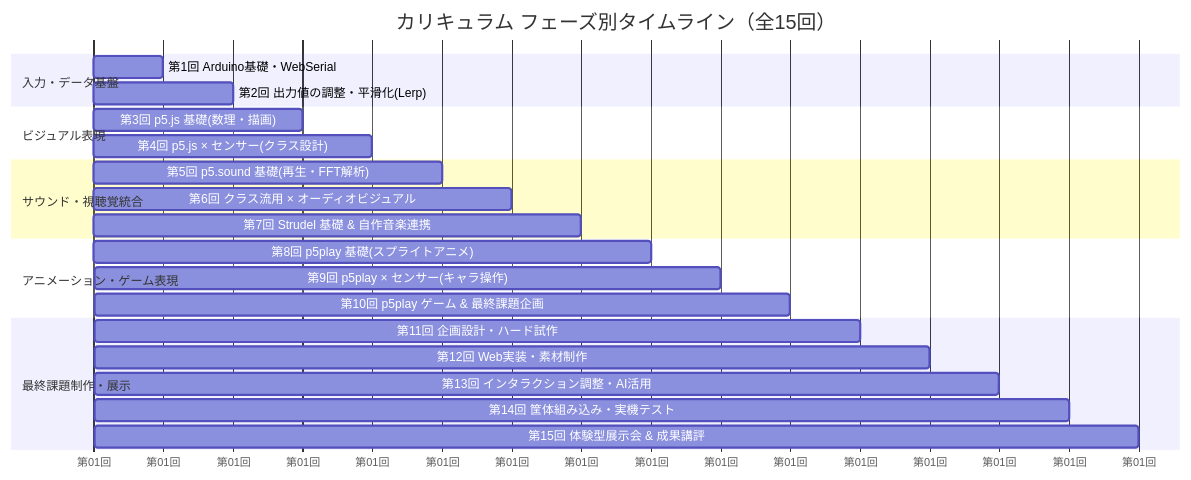
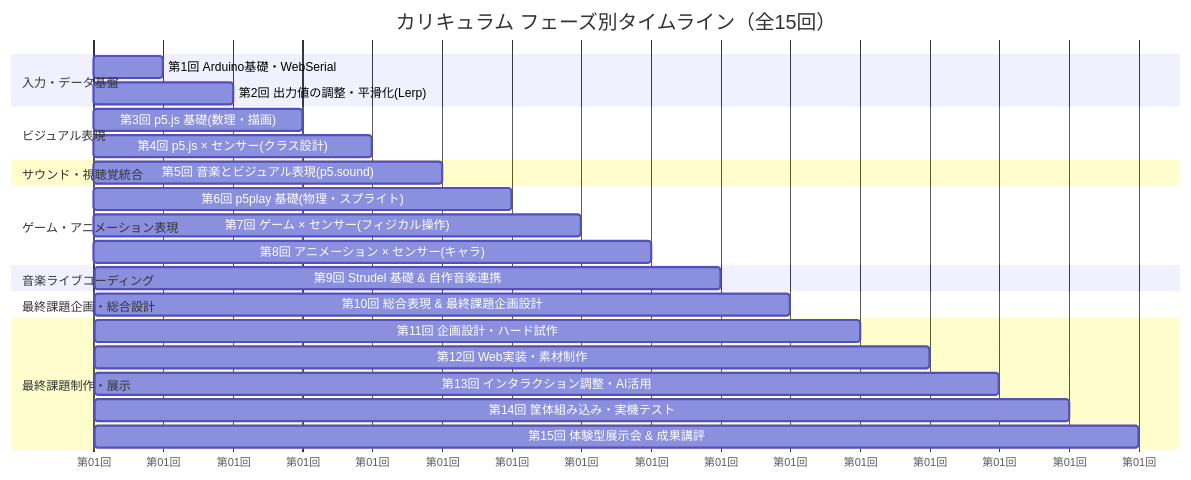
Before and after one commit to takagino/tri-education: the second of 2 diagrams in ws1/2nd/ai-content/_lectures/docs/00_カリキュラム設計書.md, drawn with Mermaid. The commit also changed other lines of this file and 6 other files, not shown here.

````diff
--- a/ws1/2nd/ai-content/_lectures/docs/00_カリキュラム設計書.md
+++ b/ws1/2nd/ai-content/_lectures/docs/00_カリキュラム設計書.md
@@ -102,26 +102,28 @@
 ```mermaid
 gantt
     title カリキュラム フェーズ別タイムライン（全15回）
     dateFormat  X
     axisFormat  第%d回
     section 入力・データ基盤
     第1回 Arduino基礎・WebSerial        :0, 1
     第2回 出力値の調整・平滑化(Lerp)      :1, 2
     section ビジュアル表現
     第3回 p5.js 基礎(数理・描画)         :2, 3
     第4回 p5.js × センサー(クラス設計)   :3, 4
     section サウンド・視聴覚統合
-    第5回 p5.sound 基礎(再生・FFT解析)   :4, 5
-    第6回 クラス流用 × オーディオビジュアル:5, 6
-    第7回 Strudel 基礎 & 自作音楽連携    :6, 7
-    section アニメーション・ゲーム表現
-    第8回 p5play 基礎(スプライトアニメ)  :7, 8
-    第9回 p5play × センサー(キャラ操作)  :8, 9
-    第10回 p5play ゲーム & 最終課題企画   :9, 10
+    第5回 音楽とビジュアル表現(p5.sound) :4, 5
+    section ゲーム・アニメーション表現
+    第6回 p5play 基礎(物理・スプライト)  :5, 6
+    第7回 ゲーム × センサー(フィジカル操作):6, 7
+    第8回 アニメーション × センサー(キャラ):7, 8
+    section 音楽ライブコーディング
+    第9回 Strudel 基礎 & 自作音楽連携    :8, 9
+    section 最終課題企画・総合設計
+    第10回 総合表現 & 最終課題企画設計   :9, 10
     section 最終課題制作・展示
     第11回 企画設計・ハード試作         :10, 11
     第12回 Web実装・素材制作            :11, 12
     第13回 インタラクション調整・AI活用 :12, 13
     第14回 筐体組み込み・実機テスト     :13, 14
     第15回 体験型展示会 & 成果講評      :14, 15
 ```
````
